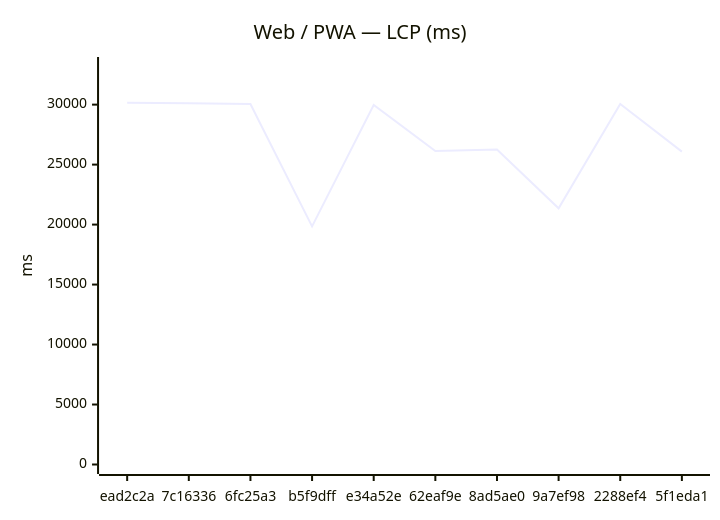
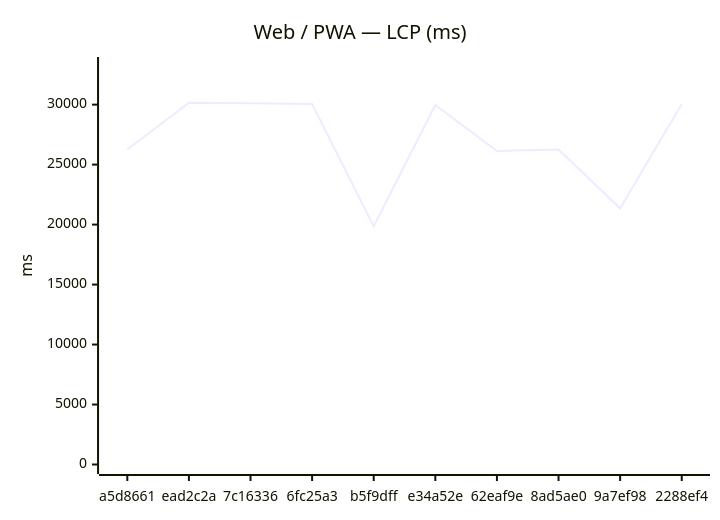
Before and after one commit to Metaheurist/Rianell: the first of 12 diagrams in benchmarks/compare.md, drawn with Mermaid. The commit also changed other lines of this file and 8 other files, not shown here.

````diff
--- a/benchmarks/compare.md
+++ b/benchmarks/compare.md
@@ -24,7 +24,7 @@
 ```mermaid
 xychart-beta
     title "Web / PWA — LCP (ms)"
-    x-axis ["ead2c2a", "7c16336", "6fc25a3", "b5f9dff", "e34a52e", "62eaf9e", "8ad5ae0", "9a7ef98", "2288ef4", "5f1eda1"]
+    x-axis ["a5d8661", "ead2c2a", "7c16336", "6fc25a3", "b5f9dff", "e34a52e", "62eaf9e", "8ad5ae0", "9a7ef98", "2288ef4"]
     y-axis "ms" 0 --> 33179
-    line [30162, 30106, 30044, 19849, 29974, 26139, 26251, 21355, 30056, 26085]
+    line [26258, 30162, 30106, 30044, 19849, 29974, 26139, 26251, 21355, 30056]
 ```
````
